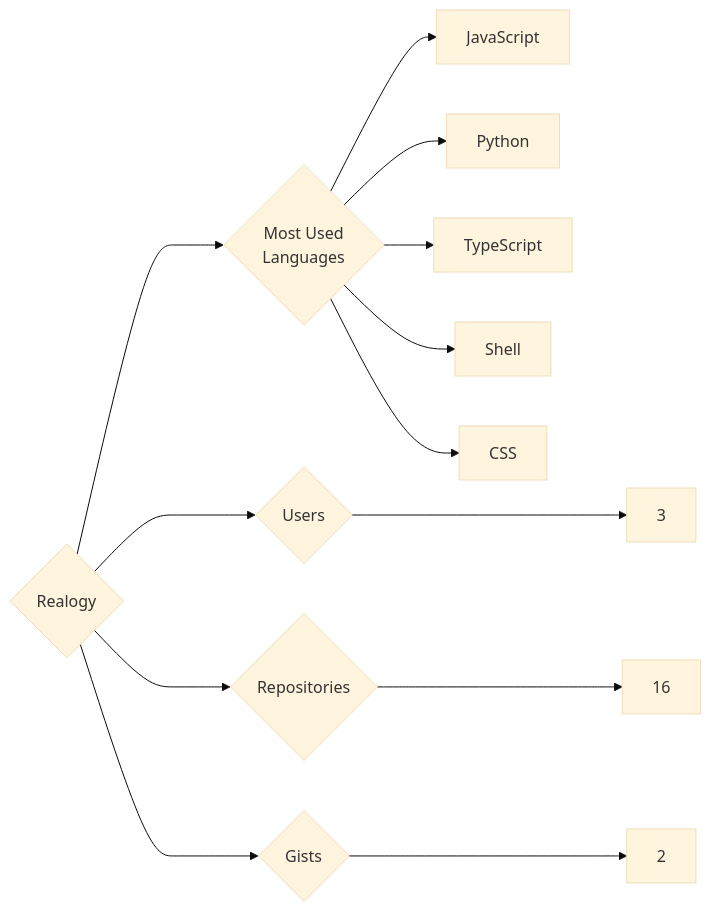
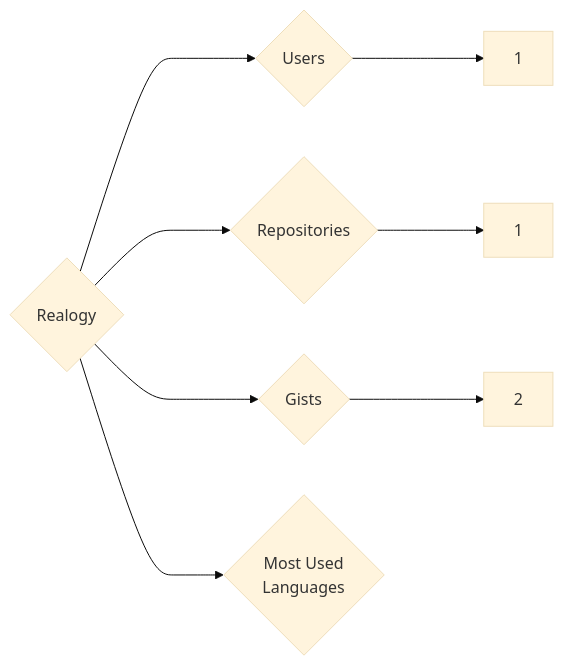
One commit to trickest/insiders changed the diagram in targets/Realogy/README.md. Above: the diagram before and after it, drawn with Mermaid (base theme). The commit also changed 797 other files, not shown here.

````diff
--- a/targets/Realogy/README.md
+++ b/targets/Realogy/README.md
@@ -3,13 +3,8 @@
 ```mermaid
 graph LR
 COMPANY_NAME{Realogy}
-COMPANY_NAME ---> U{Users} ---> UN[3]
-COMPANY_NAME ---> R{Repositories} ---> RN[16]
+COMPANY_NAME ---> U{Users} ---> UN[1]
+COMPANY_NAME ---> R{Repositories} ---> RN[1]
 COMPANY_NAME ---> G{Gists} ---> GN[2]
 COMPANY_NAME ---> ML{Most Used<br>Languages}
-ML --> JavaScript[JavaScript]
-ML --> Python[Python]
-ML --> TypeScript[TypeScript]
-ML --> Shell[Shell]
-ML --> CSS[CSS]
 ```
````
